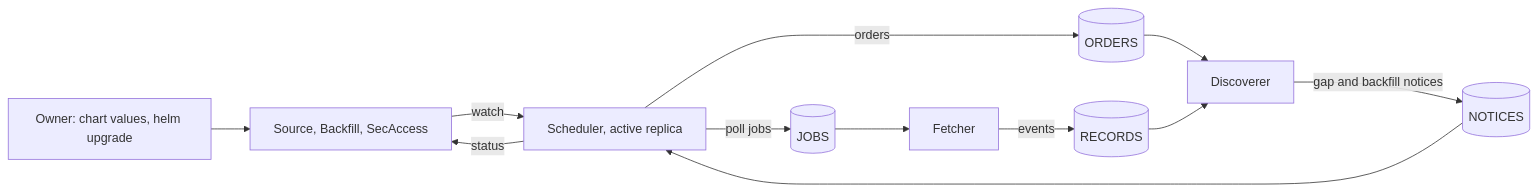
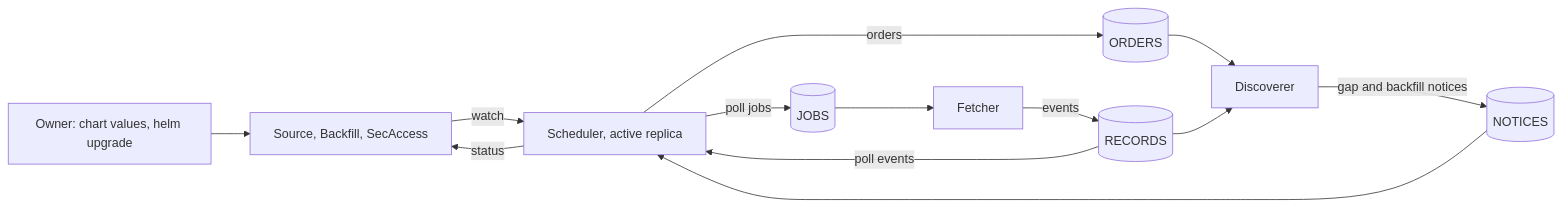
One commit to nslaughter/edgar-data-pipeline changed the first of 3 diagrams in docs/explanation/scheduler.md. Above: the diagram before and after it, drawn with Mermaid. The commit also changed other lines of this file and 21 other files, not shown here.

````diff
--- a/docs/explanation/scheduler.md
+++ b/docs/explanation/scheduler.md
@@ -36,14 +36,15 @@
 ```mermaid
 flowchart LR
   owner["Owner: chart values, helm upgrade"] --> res["Source, Backfill, SecAccess"]
   res -->|watch| sched["Scheduler, active replica"]
   sched -->|"poll jobs"| jobs[("JOBS")]
   sched -->|orders| orders[("ORDERS")]
   jobs --> fetcher["Fetcher"]
   orders --> disc["Discoverer"]
   fetcher -->|events| records[("RECORDS")]
   records --> disc
+  records -->|"poll events"| sched
   disc -->|"gap and backfill notices"| notices[("NOTICES")]
   notices --> sched
   sched -->|status| res
 ```
````
